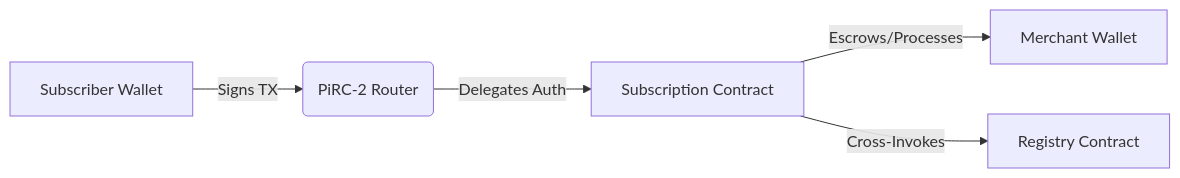
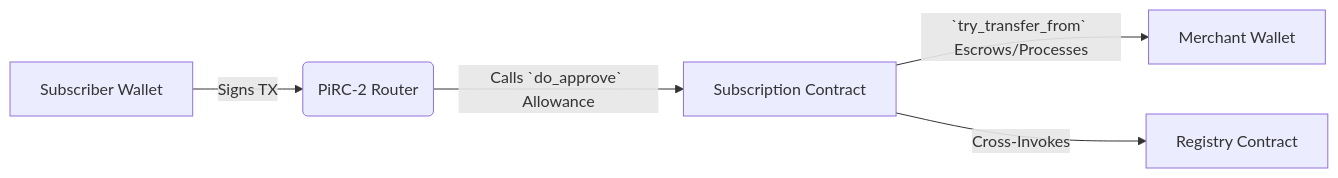
Before and after one commit to Ze0ro99/PiRC: the eighth of 10 diagrams in README.md, drawn with Mermaid. The commit also changed other lines of this file and 200 other files, not shown here.

````diff
--- a/README.md
+++ b/README.md
@@ -120,7 +120,7 @@
 ```mermaid
 graph LR
     A[Subscriber Wallet] -->|Signs TX| B(PiRC-2 Router)
-    B -->|Delegates Auth| C[Subscription Contract]
-    C -->|Escrows/Processes| D[Merchant Wallet]
+    B -->|Calls `do_approve` Allowance| C[Subscription Contract]
+    C -->|`try_transfer_from` Escrows/Processes| D[Merchant Wallet]
     C -->|Cross-Invokes| E[Registry Contract]
 ```
````
